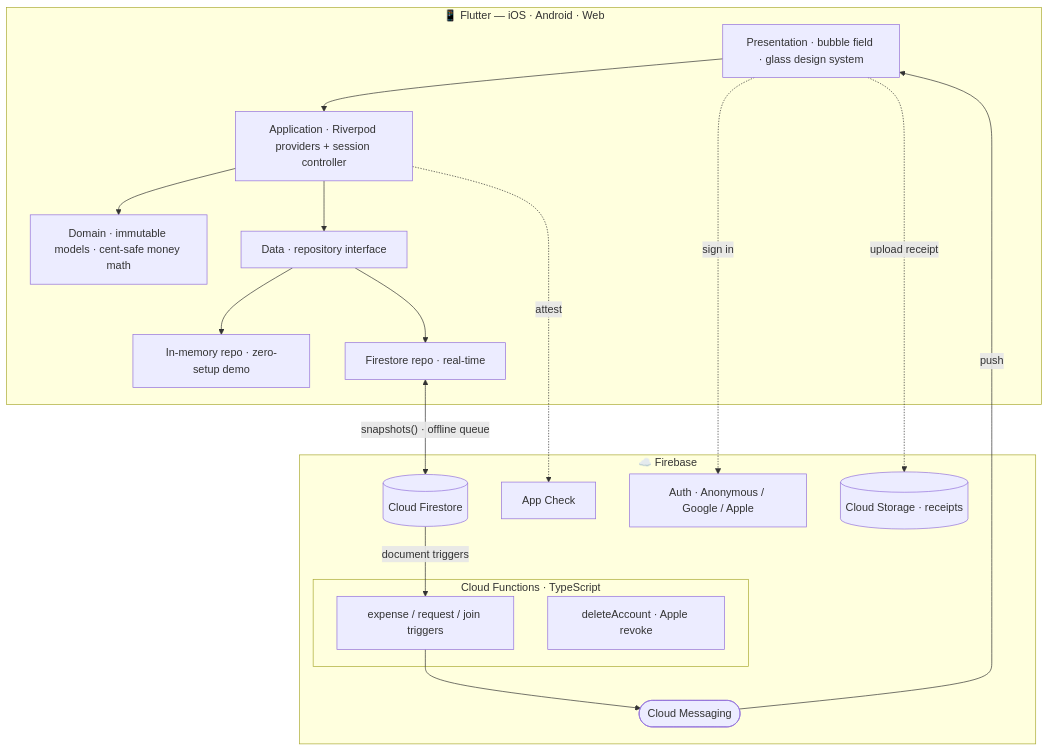
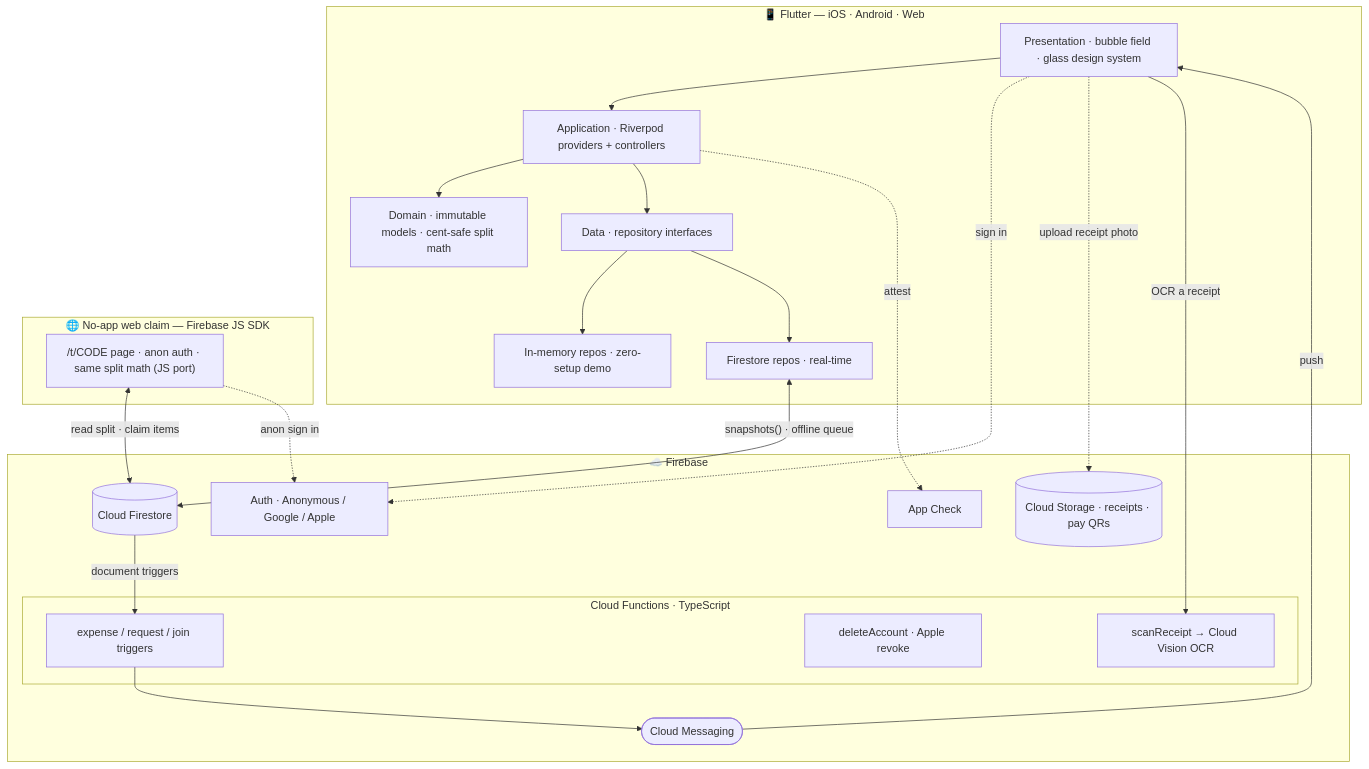
The diagram in README.md (yeegz/Bupples-showcase), drawn with Mermaid before and after one commit. The commit also changed other lines of this file, not shown here.

First line of the commit message:
docs: showcase Turbo receipt splits, OCR, drag-to-assign, no-app web flow + transfer details

````diff
--- a/README.md
+++ b/README.md
@@ -94,29 +121,36 @@
 ```mermaid
 flowchart TB
     subgraph Client["📱 Flutter — iOS · Android · Web"]
         UI["Presentation · bubble field · glass design system"]
-        APP["Application · Riverpod providers + session controller"]
-        DOM["Domain · immutable models · cent-safe money math"]
-        DATA["Data · repository interface"]
+        APP["Application · Riverpod providers + controllers"]
+        DOM["Domain · immutable models · cent-safe split math"]
+        DATA["Data · repository interfaces"]
         UI --> APP --> DOM
         APP --> DATA
-        DATA --> MEM["In-memory repo · zero-setup demo"]
-        DATA --> FSR["Firestore repo · real-time"]
+        DATA --> MEM["In-memory repos · zero-setup demo"]
+        DATA --> FSR["Firestore repos · real-time"]
+    end
+    subgraph Web["🌐 No-app web claim — Firebase JS SDK"]
+        TWEB["/t/CODE page · anon auth · same split math (JS port)"]
     end
     subgraph FB["☁️ Firebase"]
         FS[("Cloud Firestore")]
         AUTH["Auth · Anonymous / Google / Apple"]
-        STG[("Cloud Storage · receipts")]
+        STG[("Cloud Storage · receipts · pay QRs")]
         AC["App Check"]
         FCM(["Cloud Messaging"])
         subgraph FN["Cloud Functions · TypeScript"]
             NOTIFY["expense / request / join triggers"]
             ADMIN["deleteAccount · Apple revoke"]
+            SCAN["scanReceipt → Cloud Vision OCR"]
         end
     end
     FSR <-->|"snapshots() · offline queue"| FS
+    TWEB <-->|"read split · claim items"| FS
+    TWEB -.->|"anon sign in"| AUTH
     UI -.->|"sign in"| AUTH
-    UI -.->|"upload receipt"| STG
+    UI -.->|"upload receipt photo"| STG
+    UI -->|"OCR a receipt"| SCAN
     APP -.->|"attest"| AC
     FS -->|"document triggers"| NOTIFY --> FCM -->|"push"| UI
 ```
````
